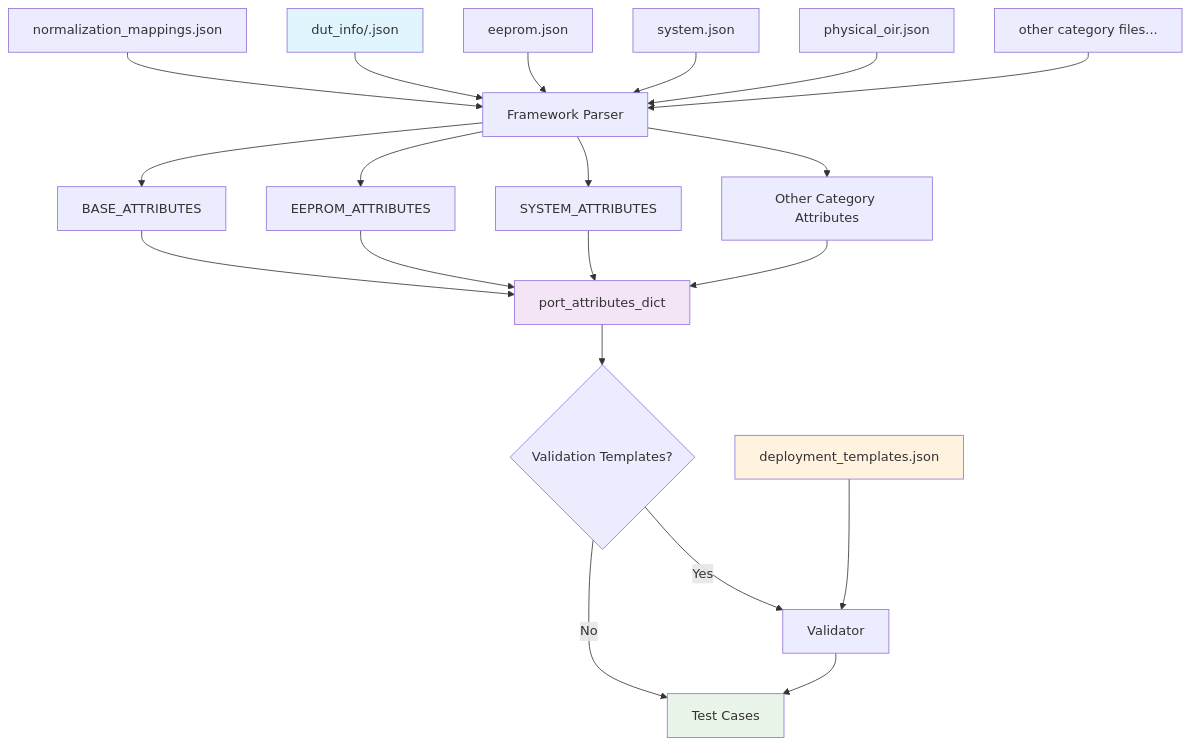
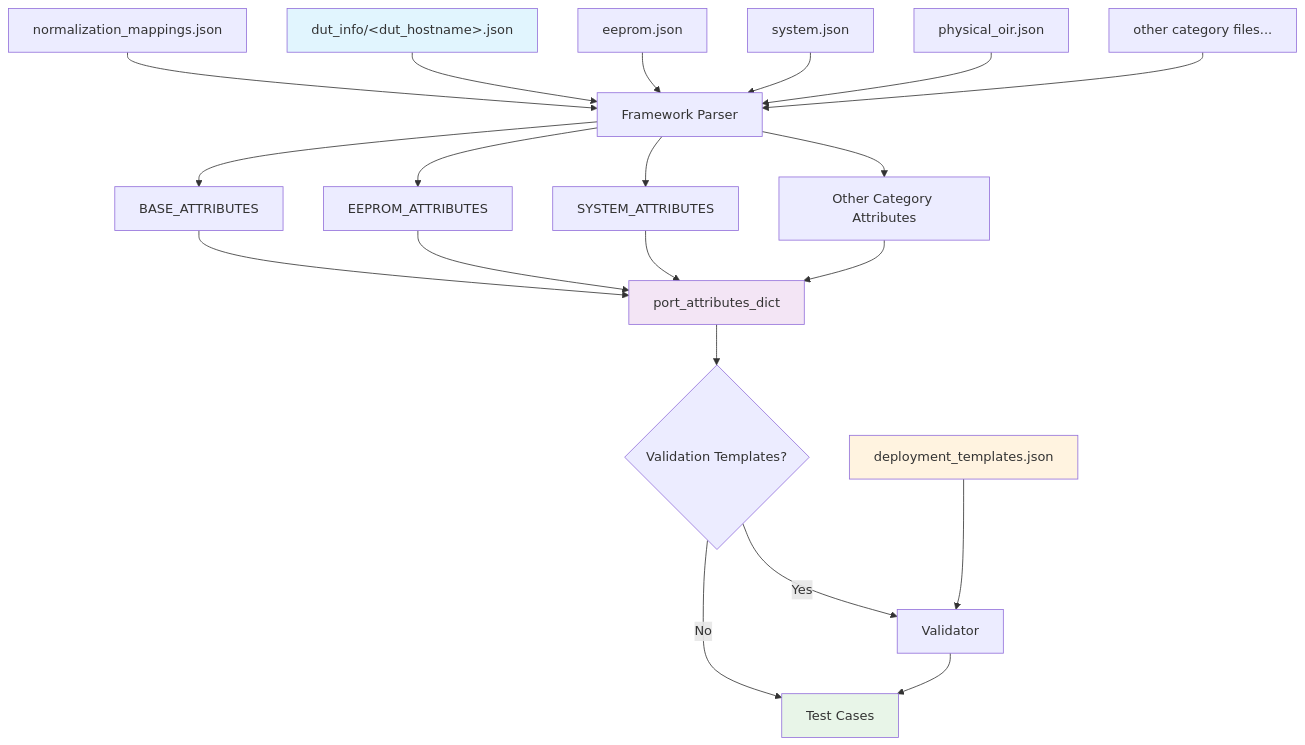
The diagram in docs/testplan/transceiver/diagrams/file_organization.md (mihirpat1/sonic-mgmt), drawn with Mermaid before and after one commit. The commit also changed other lines of this file and 28 other files, not shown here.

````diff
--- a/docs/testplan/transceiver/diagrams/file_organization.md
+++ b/docs/testplan/transceiver/diagrams/file_organization.md
@@ -31,30 +31,30 @@
 ```mermaid
 graph TD
     NM[normalization_mappings.json] --> B[Framework Parser]
-    A[dut_info/<dut_hostname>.json] --> B
+    A["dut_info/&lt;dut_hostname&gt;.json"] --> B
     C[eeprom.json] --> B
     D[system.json] --> B
     E[physical_oir.json] --> B
     F[other category files...] --> B
 
     B --> H[BASE_ATTRIBUTES]
     B --> I[EEPROM_ATTRIBUTES]
     B --> J[SYSTEM_ATTRIBUTES]
     B --> K[Other Category Attributes]
 
     H --> G[port_attributes_dict]
     I --> G
     J --> G
     K --> G
 
     G --> M{Validation Templates?}
     M -->|Yes| N[Validator]
     M -->|No| L[Test Cases]
     N --> L
     O[deployment_templates.json] --> N
 
     style A fill:#e1f5fe
     style G fill:#f3e5f5
     style L fill:#e8f5e8
     style O fill:#fff3e0
 ```
````
